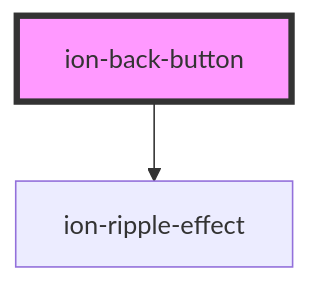
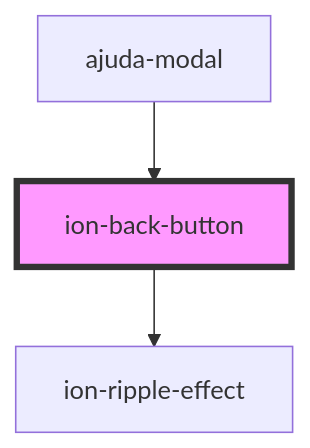
Before and after one commit to MEDGRUPOGIT/ionic-framework-1: the diagram in core/src/components/back-button/readme.md, drawn with Mermaid. The commit also changed other lines of this file and 20 other files, not shown here.

Commit message:
migração ionic 1 tela simulados modal ajuda

````diff
--- a/core/src/components/back-button/readme.md
+++ b/core/src/components/back-button/readme.md
@@ -379,5 +383,6 @@
 ```mermaid
 graph TD;
   ion-back-button --> ion-ripple-effect
+  ajuda-modal --> ion-back-button
   style ion-back-button fill:#f9f,stroke:#333,stroke-width:4px
 ```
````
